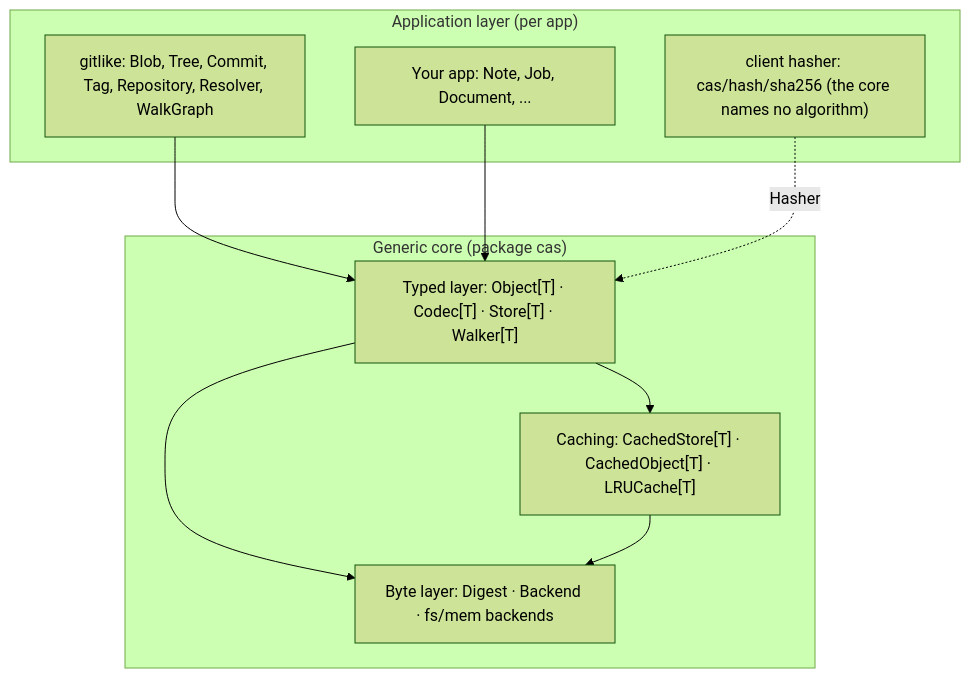
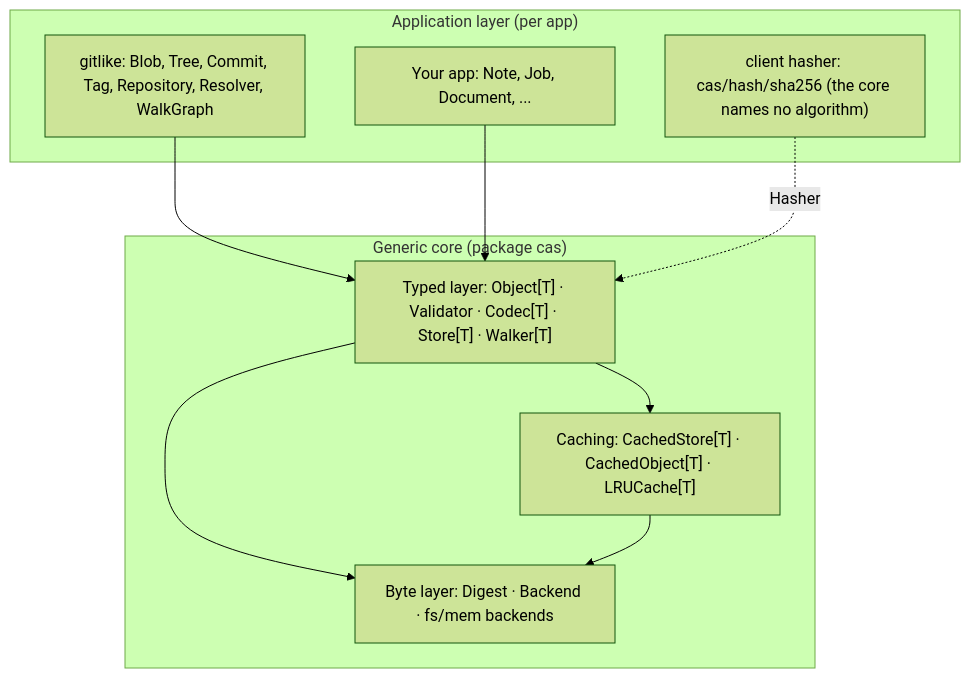
Before and after one commit to dmundt/go-cask: the diagram in AGENTS.md, drawn with Mermaid (forest theme). The commit also changed other lines of this file and 4 other files, not shown here.

````diff
--- a/AGENTS.md
+++ b/AGENTS.md
@@ -184,19 +184,19 @@
 ```mermaid
 flowchart TB
     subgraph APP["Application layer (per app)"]
         APP1["gitlike: Blob, Tree, Commit, Tag, Repository, Resolver, WalkGraph"]
         APP2["Your app: Note, Job, Document, ..."]
         HASH["client hasher: cas/hash/sha256 (the core names no algorithm)"]
     end
     subgraph CORE["Generic core (package cas)"]
-        TYPED["Typed layer: Object[T] · Codec[T] · Store[T] · Walker[T]"]
+        TYPED["Typed layer: Object[T] · Validator · Codec[T] · Store[T] · Walker[T]"]
         CACHE["Caching: CachedStore[T] · CachedObject[T] · LRUCache[T]"]
         BYTE["Byte layer: Digest · Backend · fs/mem backends"]
     end
     APP1 --> TYPED
     APP2 --> TYPED
     HASH -. "Hasher" .-> TYPED
     TYPED --> CACHE
     TYPED --> BYTE
     CACHE --> BYTE
 ```
````
